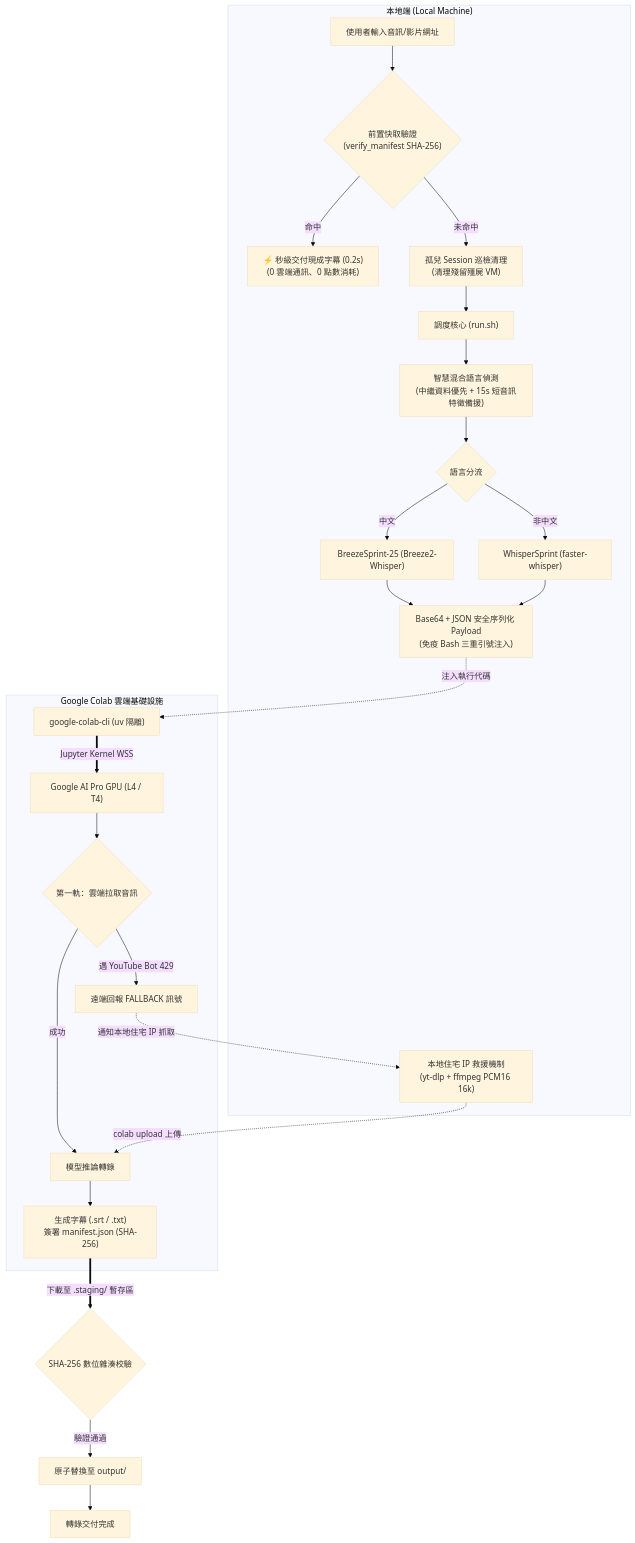
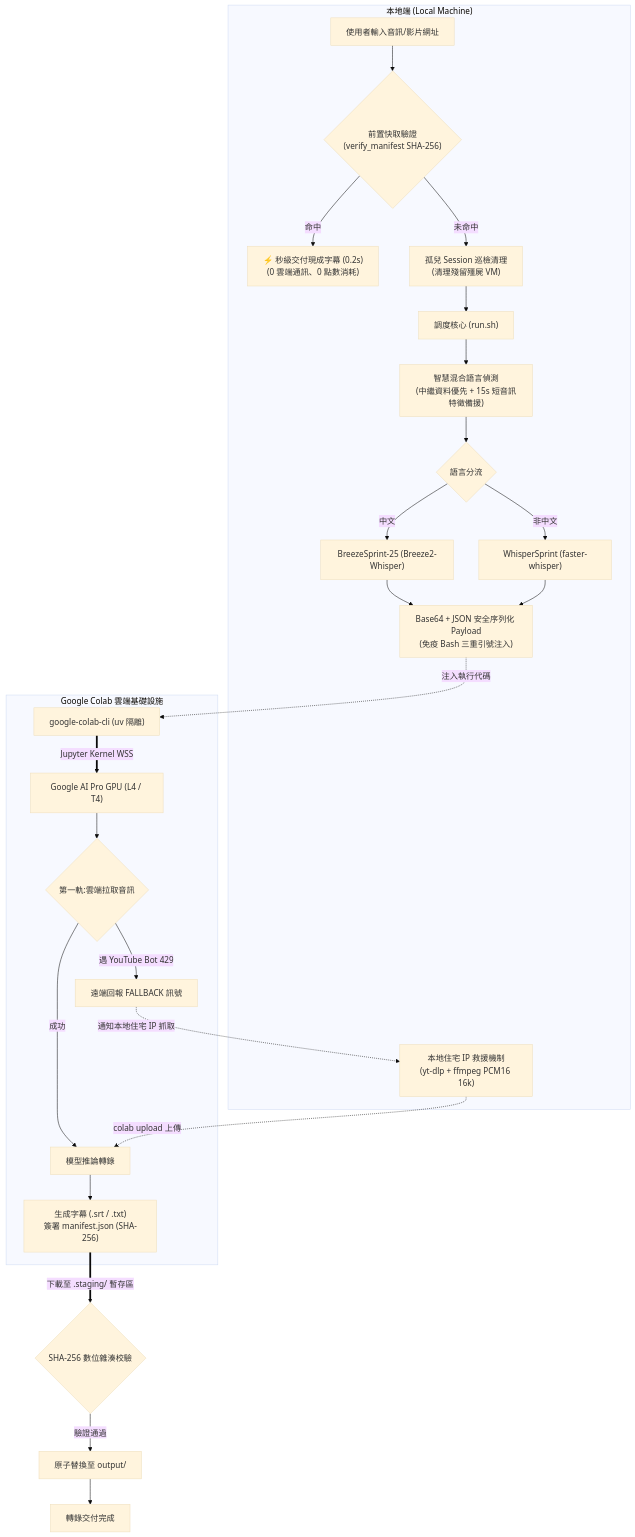
The diagram in README.md (lushinshang/newwhisper), drawn with Mermaid (base theme) before and after one commit. The commit also changed other lines of this file, not shown here.

````diff
--- a/README.md
+++ b/README.md
@@ -61,39 +84,39 @@
 ```mermaid
 flowchart TD
     subgraph Local["本地端 (Local Machine)"]
         User["使用者輸入音訊/影片網址"] --> CacheCheck{"前置快取驗證<br>(verify_manifest SHA-256)"}
         CacheCheck -- "命中" --> FastDeliver["⚡ 秒級交付現成字幕 (0.2s)<br>(0 雲端通訊、0 點數消耗)"]
         
         CacheCheck -- "未命中" --> Reconcile["孤兒 Session 巡檢清理<br>(清理殘留殭屍 VM)"]
         Reconcile --> RunSh["調度核心 (run.sh)"]
         RunSh --> Detect["智慧混合語言偵測<br>(中繼資料優先 + 15s 短音訊特徵備援)"]
         
         Detect --> Decision{"語言分流"}
         Decision -- "中文" --> Breeze["BreezeSprint-25 (Breeze2-Whisper)"]
         Decision -- "非中文" --> Whisper["WhisperSprint (faster-whisper)"]
         
         Breeze --> Payload["Base64 + JSON 安全序列化 Payload<br>(免疫 Bash 三重引號注入)"]
         Whisper --> Payload
         
         Rescue["本地住宅 IP 救援機制<br>(yt-dlp + ffmpeg PCM16 16k)"]
     end
 
     subgraph Colab["Google Colab 雲端基礎設施"]
         ColabCLI["google-colab-cli (uv 隔離)"]
         ColabCLI == "Jupyter Kernel WSS" ==> GPU["Google AI Pro GPU (L4 / T4)"]
         
-        GPU --> CloudFetch{"第一軌：雲端拉取音訊"}
+        GPU --> CloudFetch{"第一軌:雲端拉取音訊"}
         CloudFetch -- "成功" --> Infer["模型推論轉錄"]
         CloudFetch -- "遇 YouTube Bot 429" --> FallbackSignal["遠端回報 FALLBACK 訊號"]
         
         FallbackSignal -. 通知本地住宅 IP 抓取 .-> Rescue
         Rescue -. "colab upload 上傳" .-> Infer
         
         Infer --> GenArtifacts["生成字幕 (.srt / .txt)<br>簽署 manifest.json (SHA-256)"]
     end
 
     Payload -. 注入執行代碼 .-> ColabCLI
     GenArtifacts == "下載至 .staging/ 暫存區" ==> VerifyManifest{"SHA-256 數位雜湊校驗"}
     VerifyManifest -- "驗證通過" --> AtomicMove["原子替換至 output/"]
     AtomicMove --> Done["轉錄交付完成"]
 ```
````
